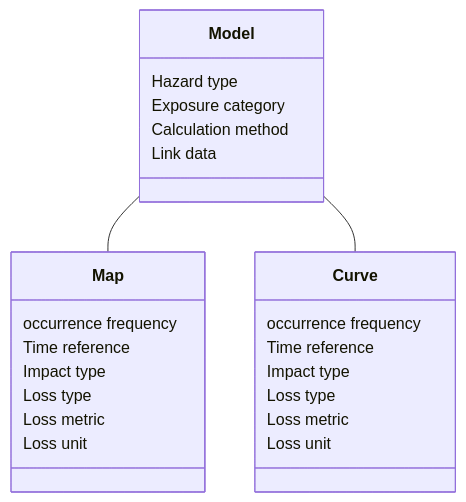
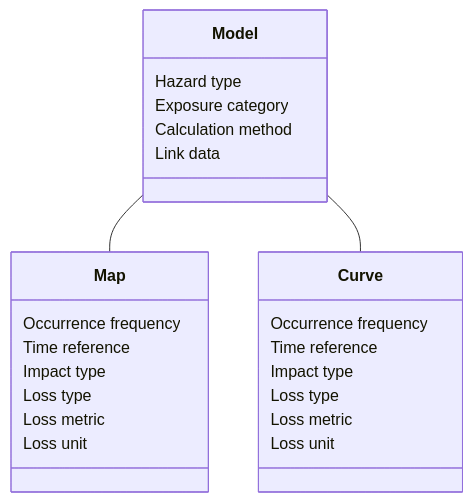
Before and after one commit to GFDRR/rdl-docs: the diagram in docs/loss.md, drawn with Mermaid. The commit also changed other lines of this file and 2 other files, not shown here.

````diff
--- a/docs/loss.md
+++ b/docs/loss.md
@@ -5,26 +5,26 @@
 ```mermaid
 classDiagram
     Model -- Map
     Model -- Curve
     Model: Hazard type
     Model: Exposure category
     Model: Calculation method
     Model: Link data
 
     class Map{
-      occurrence frequency
+      Occurrence frequency
       Time reference
       Impact type
       Loss type
       Loss metric
       Loss unit
     }
     class Curve{
-      occurrence frequency
+      Occurrence frequency
       Time reference
       Impact type
       Loss type
       Loss metric
       Loss unit
     }
 ```
````
